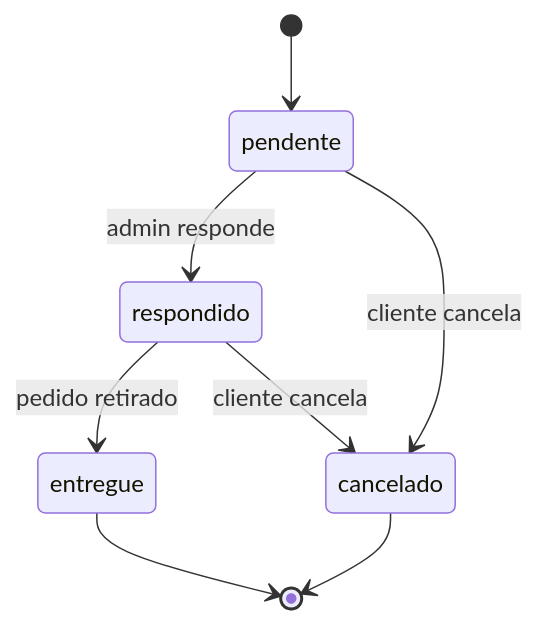
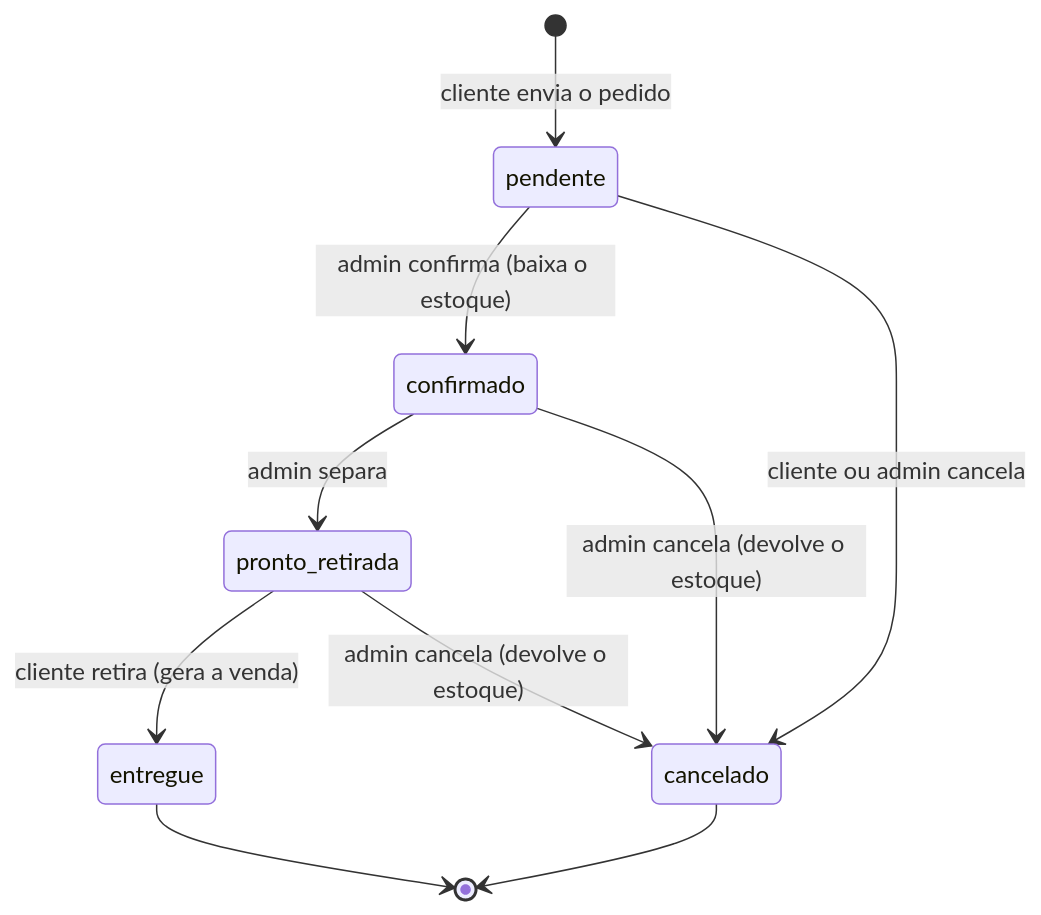
One commit to Protagonistas-ADS/PI-2 changed the second of 9 diagrams in README.md. Above: the diagram before and after it, drawn with Mermaid. The commit also changed other lines of this file, not shown here.

Commit message:
docs(readme): atualizar contrato de pedidos e vendas e ciclo do pedido

````diff
--- a/README.md
+++ b/README.md
@@ -148,10 +149,12 @@
 ```mermaid
 stateDiagram-v2
-    [*] --> pendente
-    pendente --> respondido : admin responde
-    pendente --> cancelado : cliente cancela
-    respondido --> entregue : pedido retirado
-    respondido --> cancelado : cliente cancela
+    [*] --> pendente : cliente envia o pedido
+    pendente --> confirmado : admin confirma (baixa o estoque)
+    pendente --> cancelado : cliente ou admin cancela
+    confirmado --> pronto_retirada : admin separa
+    confirmado --> cancelado : admin cancela (devolve o estoque)
+    pronto_retirada --> entregue : cliente retira (gera a venda)
+    pronto_retirada --> cancelado : admin cancela (devolve o estoque)
     entregue --> [*]
     cancelado --> [*]
 ```
````
